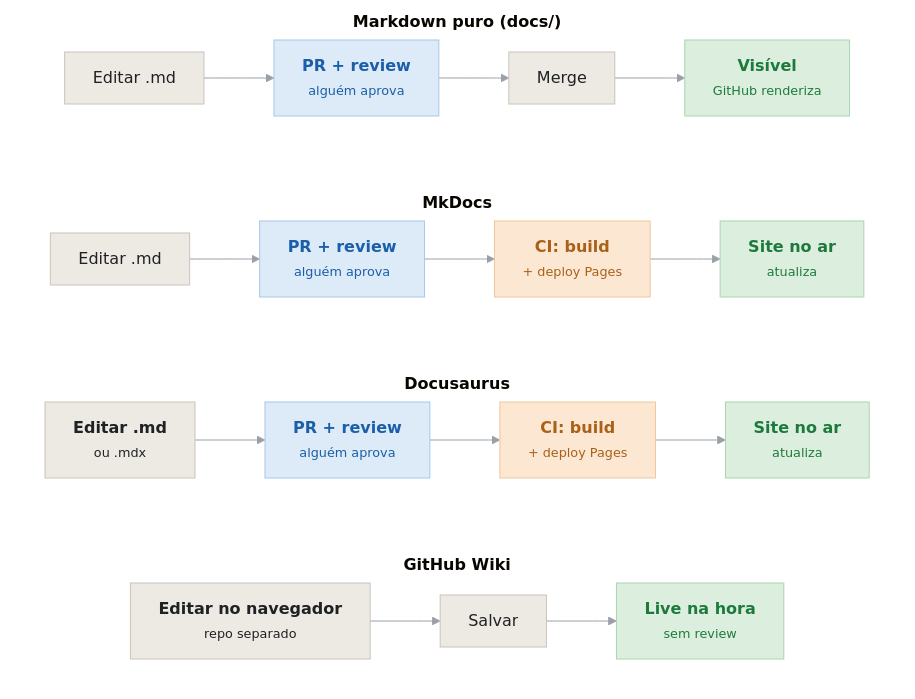
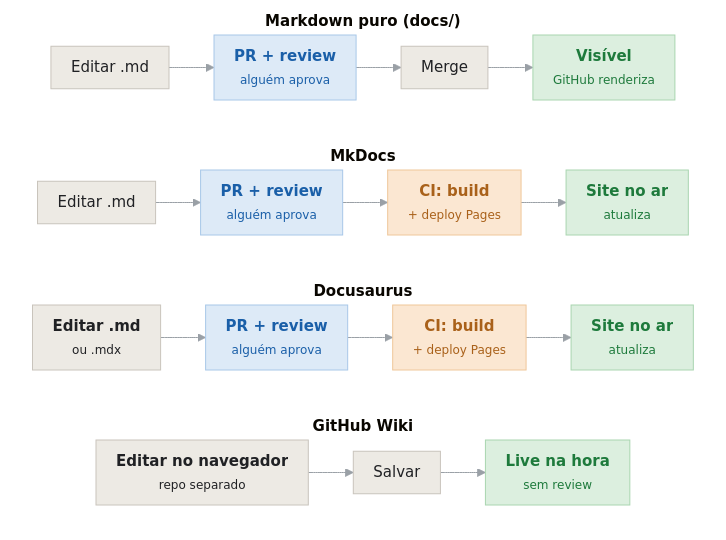
The diagram in docs/uso-mkdocs/decisao-da-ferramenta.md (Notifica-Saude-2026-2/notifica-saude-docs), drawn with Mermaid before and after one commit.

Commit message:
docs: ajusta dimensoes do diagrama de fluxos das ferramentas

````diff
--- a/docs/uso-mkdocs/decisao-da-ferramenta.md
+++ b/docs/uso-mkdocs/decisao-da-ferramenta.md
@@ -78,52 +78,52 @@
 ```mermaid
 %%{init: {
   "theme": "base",
   "themeVariables": {
-    "fontSize": "16px",
+    "fontSize": "15px",
     "lineColor": "#9AA0A6"
   },
   "flowchart": {
     "useMaxWidth": false,
-    "nodeSpacing": 40,
-    "rankSpacing": 45,
-    "padding": 14
+    "nodeSpacing": 30,
+    "rankSpacing": 20,
+    "padding": 10
   }
 } }%%
 flowchart TD
     subgraph M1["<b>Markdown puro (docs/)</b>"]
         direction LR
         m1a["Editar .md"] --> m1b["<b>PR + review</b><br/><span style='font-size:0.8em'>alguém aprova</span>"] --> m1c["Merge"] --> m1d["<b>Visível</b><br/><span style='font-size:0.8em'>GitHub renderiza</span>"]
     end
 
     subgraph M2["<b>MkDocs</b>"]
         direction LR
         m2a["Editar .md"] --> m2b["<b>PR + review</b><br/><span style='font-size:0.8em'>alguém aprova</span>"] --> m2c["<b>CI: build</b><br/><span style='font-size:0.8em'>+ deploy Pages</span>"] --> m2d["<b>Site no ar</b><br/><span style='font-size:0.8em'>atualiza</span>"]
     end
 
     subgraph M3["<b>Docusaurus</b>"]
         direction LR
         m3a["<b>Editar .md</b><br/><span style='font-size:0.8em'>ou .mdx</span>"] --> m3b["<b>PR + review</b><br/><span style='font-size:0.8em'>alguém aprova</span>"] --> m3c["<b>CI: build</b><br/><span style='font-size:0.8em'>+ deploy Pages</span>"] --> m3d["<b>Site no ar</b><br/><span style='font-size:0.8em'>atualiza</span>"]
     end
 
     subgraph M4["<b>GitHub Wiki</b>"]
         direction LR
         m4a["<b>Editar no navegador</b><br/><span style='font-size:0.8em'>repo separado</span>"] --> m4b["Salvar"] --> m4c["<b>Live na hora</b><br/><span style='font-size:0.8em'>sem review</span>"]
     end
 
     M1 ~~~ M2 ~~~ M3 ~~~ M4
 
     classDef neutro fill:#EDEAE4,stroke:#C9C4BC,color:#202124
     classDef review fill:#DDEAF7,stroke:#A8C7E8,color:#1A5FA8
     classDef build fill:#FBE7D2,stroke:#EFC79A,color:#A9611A
     classDef result fill:#DCEFDF,stroke:#A9D5B0,color:#1E7A3C
 
     class m1a,m1c,m2a,m3a,m4a,m4b neutro
     class m1b,m2b,m3b review
     class m2c,m3c build
     class m1d,m2d,m3d,m4c result
 
     style M1 fill:none,stroke:none
     style M2 fill:none,stroke:none
     style M3 fill:none,stroke:none
     style M4 fill:none,stroke:none
 ```
````
